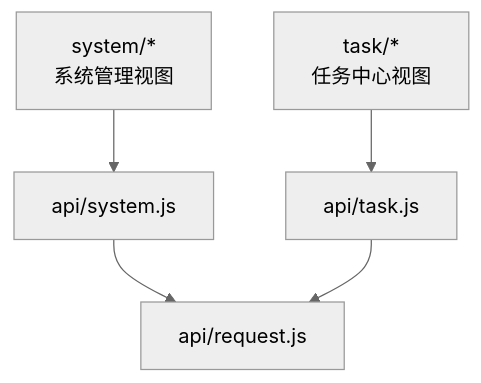
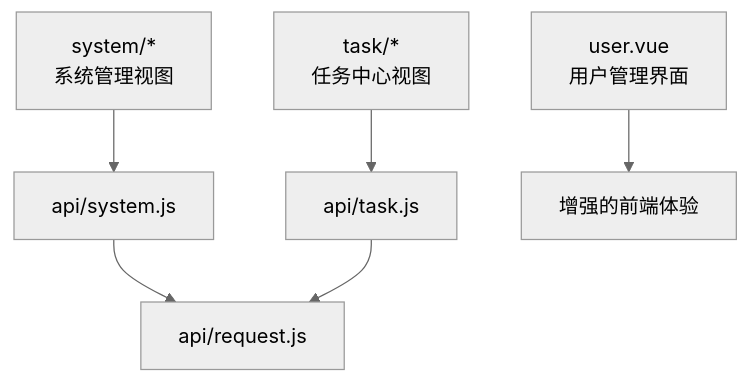
Before and after one commit to liming-lihaini/workflow: the eighth of 9 diagrams in .qoder/repowiki/zh/content/用户界面设计/用户界面设计.md, drawn with Mermaid (neutral theme). The commit also changed other lines of this file and 37 other files, not shown here.

````diff
--- a/.qoder/repowiki/zh/content/用户界面设计/用户界面设计.md
+++ b/.qoder/repowiki/zh/content/用户界面设计/用户界面设计.md
@@ -370,7 +377,8 @@
 ```mermaid
 graph TB
 SYS["system/*<br/>系统管理视图"] --> API_SYS["api/system.js"]
 TASK["task/*<br/>任务中心视图"] --> API_TASK["api/task.js"]
 API_SYS --> REQ["api/request.js"]
 API_TASK --> REQ
+USER_VUE["user.vue<br/>用户管理界面"] --> ENHANCED_UI["增强的前端体验"]
 ```
````
